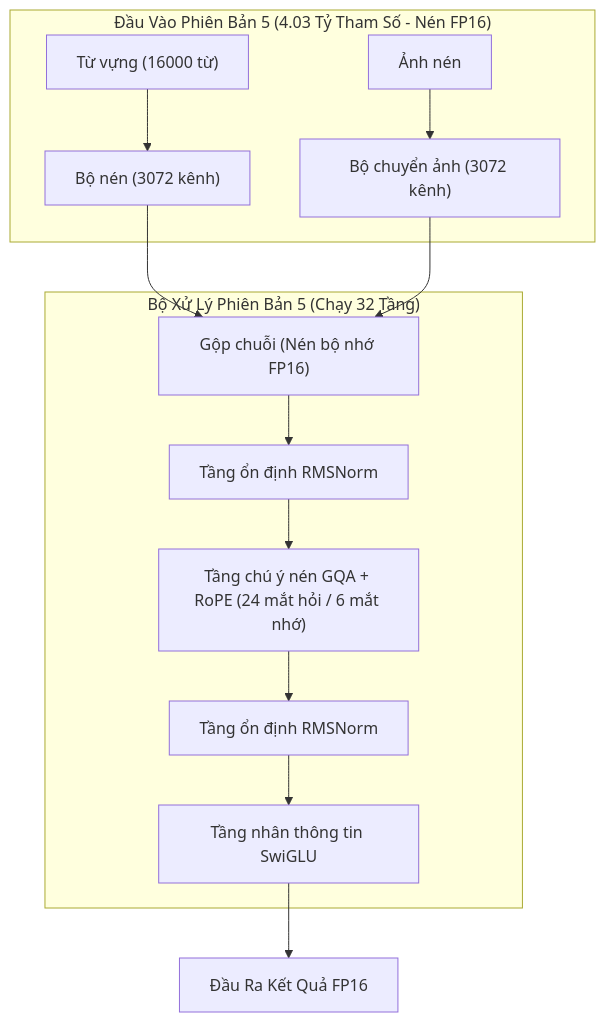
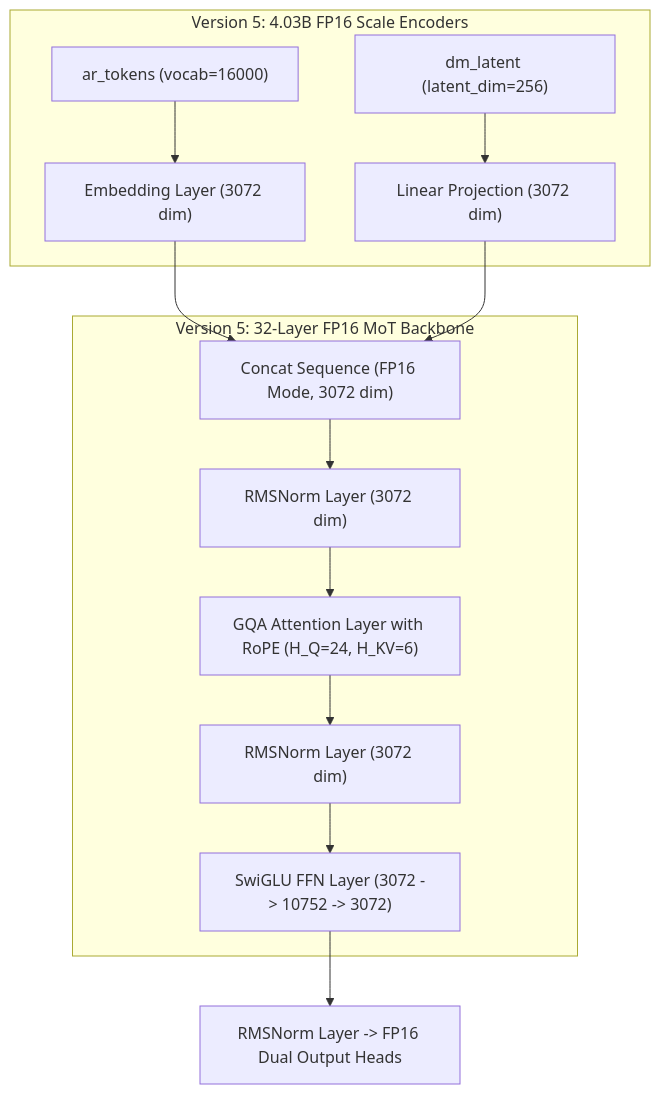
Before and after one commit to datascience180806/mini_cosmos: the sixth of 8 diagrams in VERSION_COMPARISON.md, drawn with Mermaid. The commit also changed other lines of this file, not shown here.

Commit message:
Restore standard English AI/DL terms (Attention Layer, Embedding Layer, Transformer Block, SwiGLU FFN, RMSNorm, VRAM, Latency, Throughput) in report

````diff
--- a/VERSION_COMPARISON.md
+++ b/VERSION_COMPARISON.md
@@ -202,19 +196,19 @@
 ```mermaid
 flowchart TD
-    subgraph V5_INPUTS["Đầu Vào Phiên Bản 5 (4.03 Tỷ Tham Số - Nén FP16)"]
-        V5_AR["Từ vựng (16000 từ)"] --> V5_EMB["Bộ nén (3072 kênh)"]
-        V5_DM["Ảnh nén"] --> V5_PROJ["Bộ chuyển ảnh (3072 kênh)"]
+    subgraph V5_INPUTS["Version 5: 4.03B FP16 Scale Encoders"]
+        V5_AR["ar_tokens (vocab=16000)"] --> V5_EMB["Embedding Layer (3072 dim)"]
+        V5_DM["dm_latent (latent_dim=256)"] --> V5_PROJ["Linear Projection (3072 dim)"]
     end
 
-    V5_EMB --> V5_CAT["Gộp chuỗi (Nén bộ nhớ FP16)"]
+    V5_EMB --> V5_CAT["Concat Sequence (FP16 Mode, 3072 dim)"]
     V5_PROJ --> V5_CAT
 
-    subgraph V5_BLOCKS["Bộ Xử Lý Phiên Bản 5 (Chạy 32 Tầng)"]
-        V5_CAT --> V5_RMS1["Tầng ổn định RMSNorm"]
-        V5_RMS1 --> V5_GQA["Tầng chú ý nén GQA + RoPE (24 mắt hỏi / 6 mắt nhớ)"]
-        V5_GQA --> V5_RMS2["Tầng ổn định RMSNorm"]
-        V5_RMS2 --> V5_SWIGLU["Tầng nhân thông tin SwiGLU"]
+    subgraph V5_BLOCKS["Version 5: 32-Layer FP16 MoT Backbone"]
+        V5_CAT --> V5_RMS1["RMSNorm Layer (3072 dim)"]
+        V5_RMS1 --> V5_GQA["GQA Attention Layer with RoPE (H_Q=24, H_KV=6)"]
+        V5_GQA --> V5_RMS2["RMSNorm Layer (3072 dim)"]
+        V5_RMS2 --> V5_SWIGLU["SwiGLU FFN Layer (3072 -> 10752 -> 3072)"]
     end
 
-    V5_SWIGLU --> V5_OUT["Đầu Ra Kết Quả FP16"]
+    V5_SWIGLU --> V5_OUT["RMSNorm Layer -> FP16 Dual Output Heads"]
 ```
````
